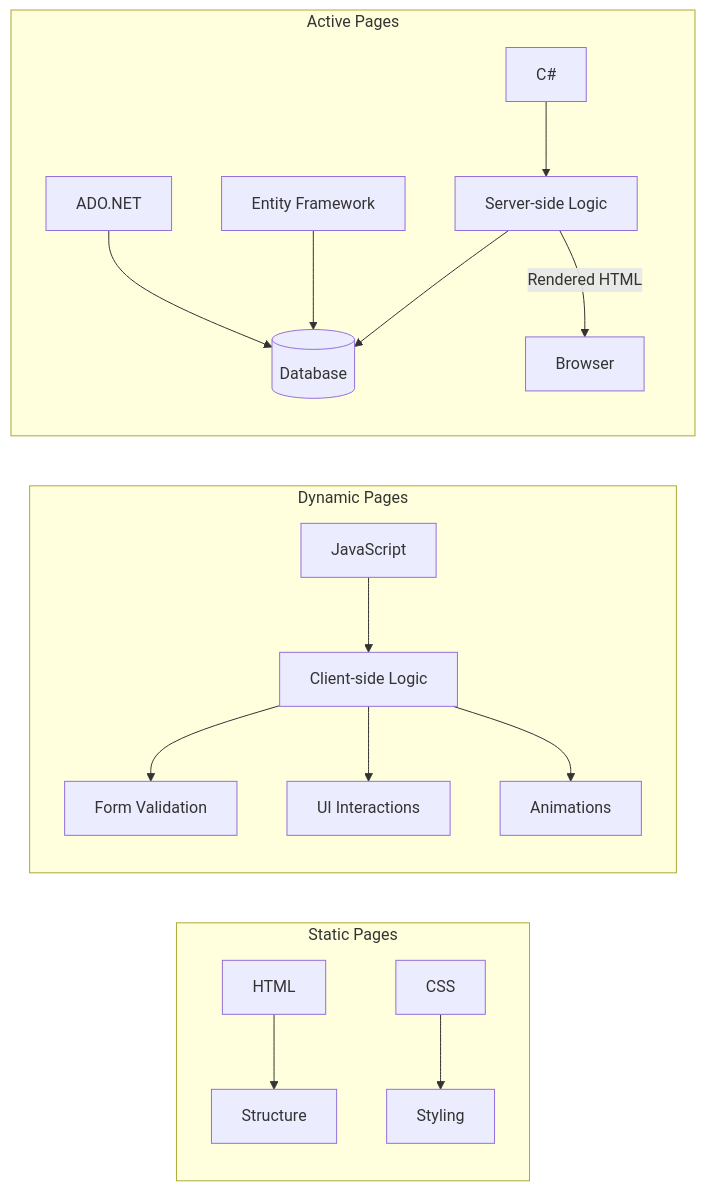
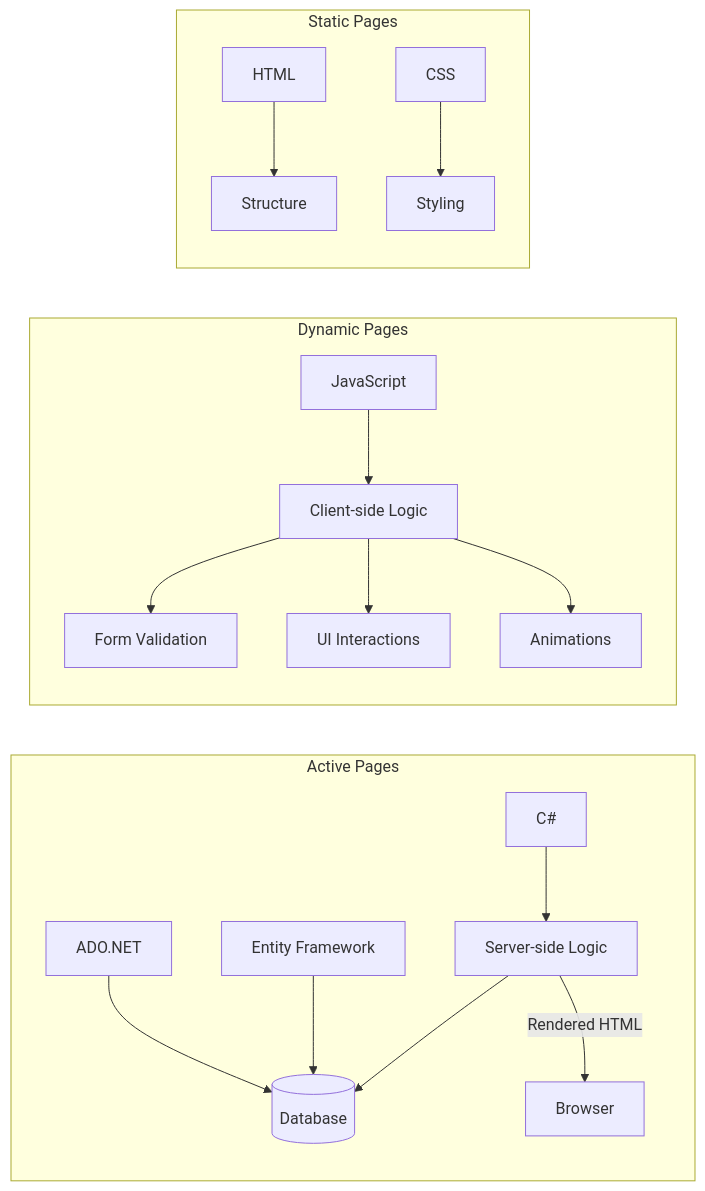
Before and after one commit to Moemen99/ASP.NET-MVC-01: the third of 3 diagrams in README.md, drawn with Mermaid. The commit also changed other lines of this file, not shown here.

````diff
--- a/README.md
+++ b/README.md
@@ -401,22 +401,22 @@
 ```mermaid
 graph LR
-    subgraph "Static Pages"
-        HTML[HTML] --> Structure[Structure]
-        CSS[CSS] --> Style[Styling]
-    end
-
-    subgraph "Dynamic Pages"
-        JS[JavaScript] --> Client[Client-side Logic]
-        Client --> Validation[Form Validation]
-        Client --> UI[UI Interactions]
-        Client --> Animation[Animations]
-    end
 
     subgraph "Active Pages"
         CS[C#] --> Server[Server-side Logic]
         Server --> DB[(Database)]
         Server -->|Rendered HTML| Browser[Browser]
         EF[Entity Framework] --> DB
         ADO[ADO.NET] --> DB
     end
+    subgraph "Dynamic Pages"
+        JS[JavaScript] --> Client[Client-side Logic]
+        Client --> Validation[Form Validation]
+        Client --> UI[UI Interactions]
+        Client --> Animation[Animations]
+    end
+
+    subgraph "Static Pages"
+        HTML[HTML] --> Structure[Structure]
+        CSS[CSS] --> Style[Styling]
+    end
 ```
````
